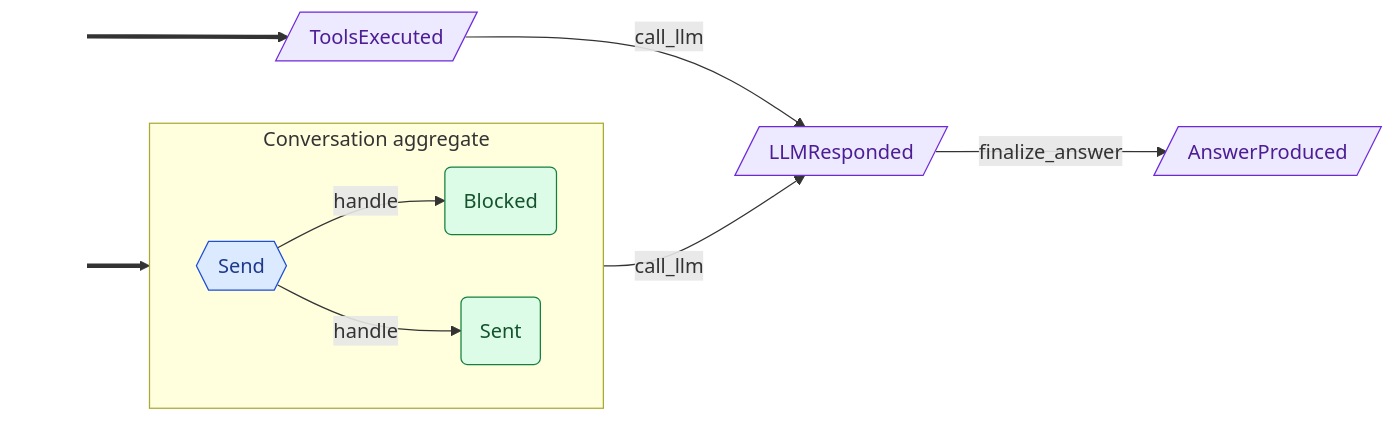
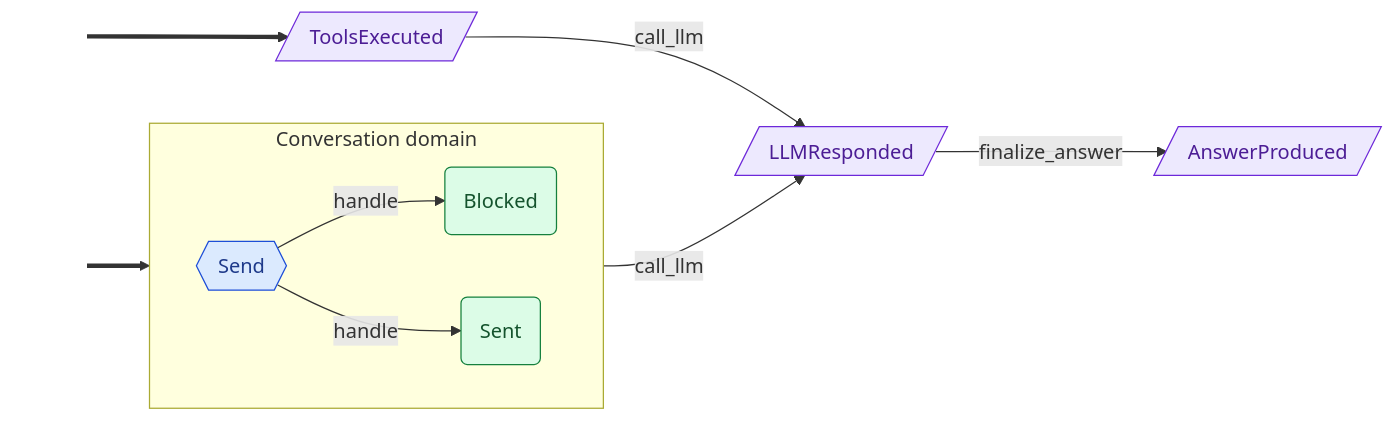
The fourth of 8 diagrams in docs/patterns.md (cadance-io/langgraph-events), drawn with Mermaid before and after one commit. The commit also changed other lines of this file and 43 other files, not shown here.

First line of the commit message:
feat: rename Aggregate→Domain, add post-command invariant check, reroute invariants in mermaid

````diff
--- a/docs/patterns.md
+++ b/docs/patterns.md
@@ -183,27 +185,27 @@
     ```mermaid
     graph LR
         classDef entry fill:none,stroke:none,color:none
         classDef cmd fill:#dbeafe,stroke:#1d4ed8,color:#1e3a8a
         classDef devt fill:#dcfce7,stroke:#15803d,color:#14532d
         classDef intg fill:#ede9fe,stroke:#6d28d9,color:#4c1d95
         classDef syst fill:#fef3c7,stroke:#b45309,color:#78350f
         classDef halt fill:#fef3c7,stroke:#b45309,color:#78350f,stroke-width:3px,stroke-dasharray:4 2
         classDef inv fill:#ffedd5,stroke:#c2410c,color:#7c2d12
-        subgraph Conversation["Conversation aggregate"]
+        subgraph Conversation["Conversation domain"]
             direction LR
             Blocked(Blocked):::devt
             Send{{Send}}:::cmd
             Sent(Sent):::devt
         end
         AnswerProduced[/AnswerProduced/]:::intg
         LLMResponded[/LLMResponded/]:::intg
         ToolsExecuted[/ToolsExecuted/]:::intg
         _e0_[ ]:::entry ==> Send
         _e1_[ ]:::entry ==> ToolsExecuted
         Send -->|handle| Sent
         Send -->|handle| Blocked
         Sent -->|call_llm| LLMResponded
         ToolsExecuted -->|call_llm| LLMResponded
         LLMResponded -->|finalize_answer| AnswerProduced
     %% Side-effect handlers: audit_trail (Auditable)
     ```
````
